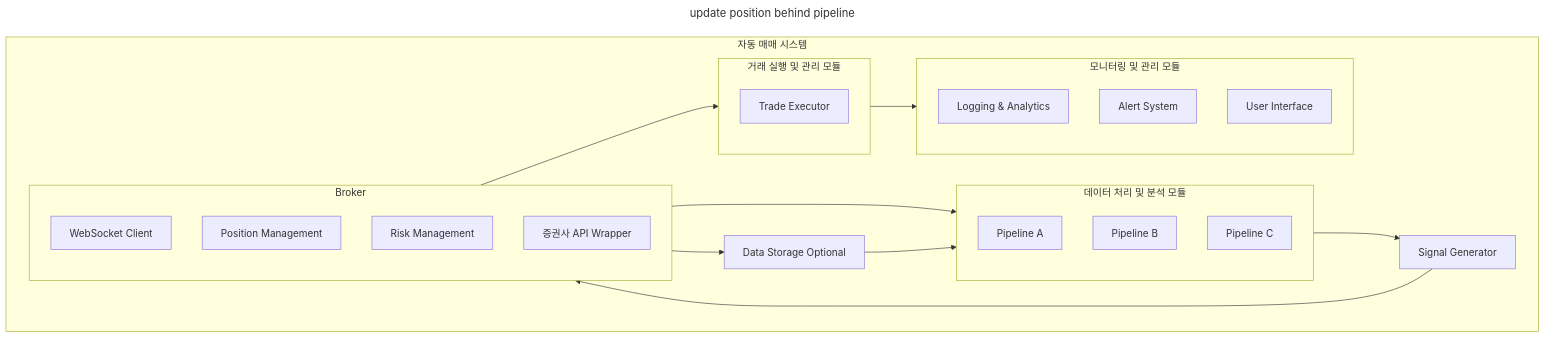
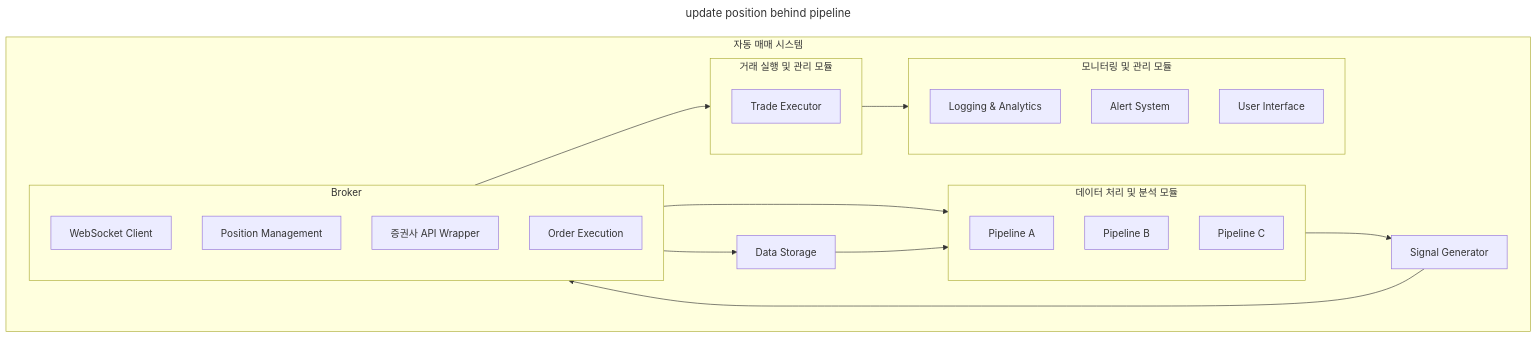
Before and after one commit to gobenpark/watchman: the diagram in README.md, drawn with Mermaid. The commit also changed 21 other files, not shown here.

````diff
--- a/README.md
+++ b/README.md
@@ -1,35 +1,35 @@
 ```mermaid
 ---
 title: update position behind pipeline
 ---
 graph TD
     subgraph 자동 매매 시스템
         K[Broker]
-        K --> B[Data Storage Optional]
+        K --> B[Data Storage]
         K --> C[데이터 처리 및 분석 모듈]
         B --> C
         subgraph C[데이터 처리 및 분석 모듈]
             D[Pipeline A]
             F[Pipeline B]
             G[Pipeline C]
         end
         C --> E[Signal Generator]
         E --> K
         subgraph K[Broker]
             A[WebSocket Client]
             K1[Position Management]
-            K2[Risk Management]
             K3[증권사 API Wrapper]
+            K4[Order Execution]
         end
         K --> H[거래 실행 및 관리 모듈]
         subgraph H[거래 실행 및 관리 모듈]
             I[Trade Executor]
         end
         H --> L[모니터링 및 관리 모듈]
         subgraph L[모니터링 및 관리 모듈]
             M[Logging & Analytics]
             N[Alert System]
             O[User Interface]
         end
     end
 ```
````
